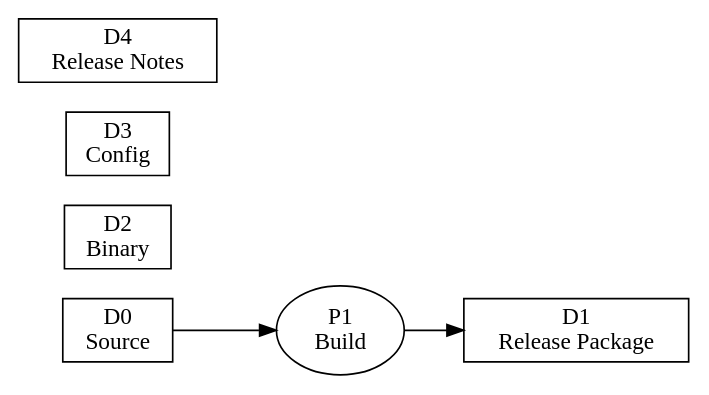
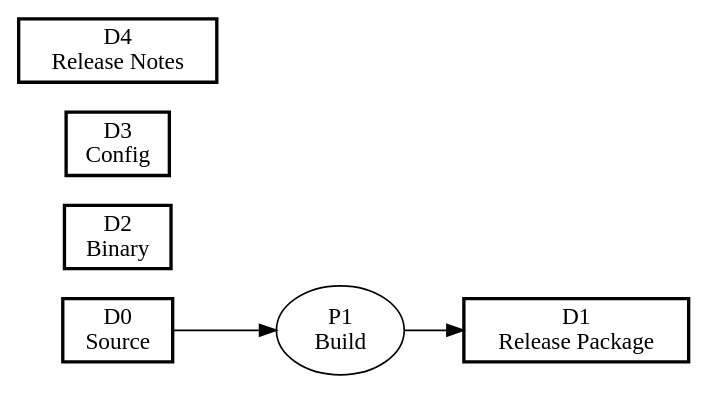
The eighth of 9 diagrams in docs/samples/README.md (takasek/pfdsl), drawn with Graphviz before and after one commit. The commit also changed other lines of this file and 20 other files, not shown here.

````diff
--- a/docs/samples/README.md
+++ b/docs/samples/README.md
@@ -314,16 +314,16 @@
 ```dot
 digraph PFDSL {
   rankdir=LR;
   newrank=true;
 
-  "D0" [shape=box, label="D0\nSource"];
-  "D1" [shape=box, label="D1\nRelease Package"];
-  "D2" [shape=box, label="D2\nBinary"];
-  "D3" [shape=box, label="D3\nConfig"];
-  "D4" [shape=box, label="D4\nRelease Notes"];
+  "D0" [shape=box, label="D0\nSource", penwidth="2"];
+  "D1" [shape=box, label="D1\nRelease Package", penwidth="2"];
+  "D2" [shape=box, label="D2\nBinary", penwidth="2"];
+  "D3" [shape=box, label="D3\nConfig", penwidth="2"];
+  "D4" [shape=box, label="D4\nRelease Notes", penwidth="2"];
   "P1" [shape=ellipse, label="P1\nBuild"];
 
   "D0" -> "P1";
   "P1" -> "D1";
 }
 ```
````
